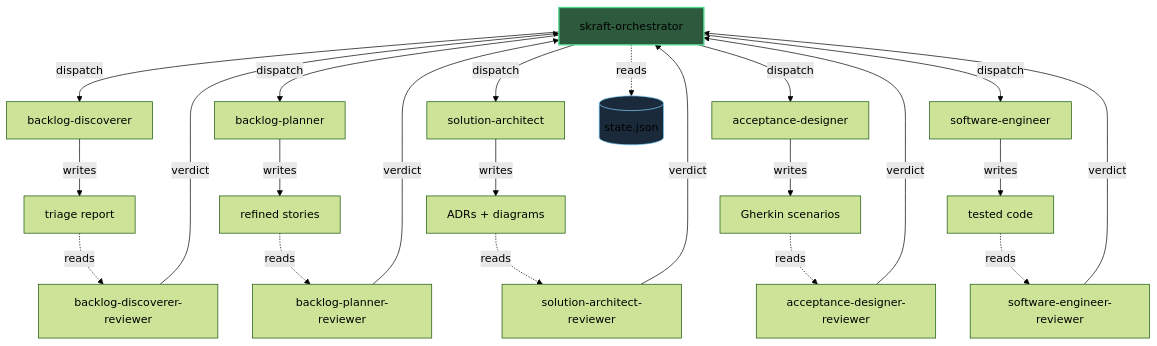
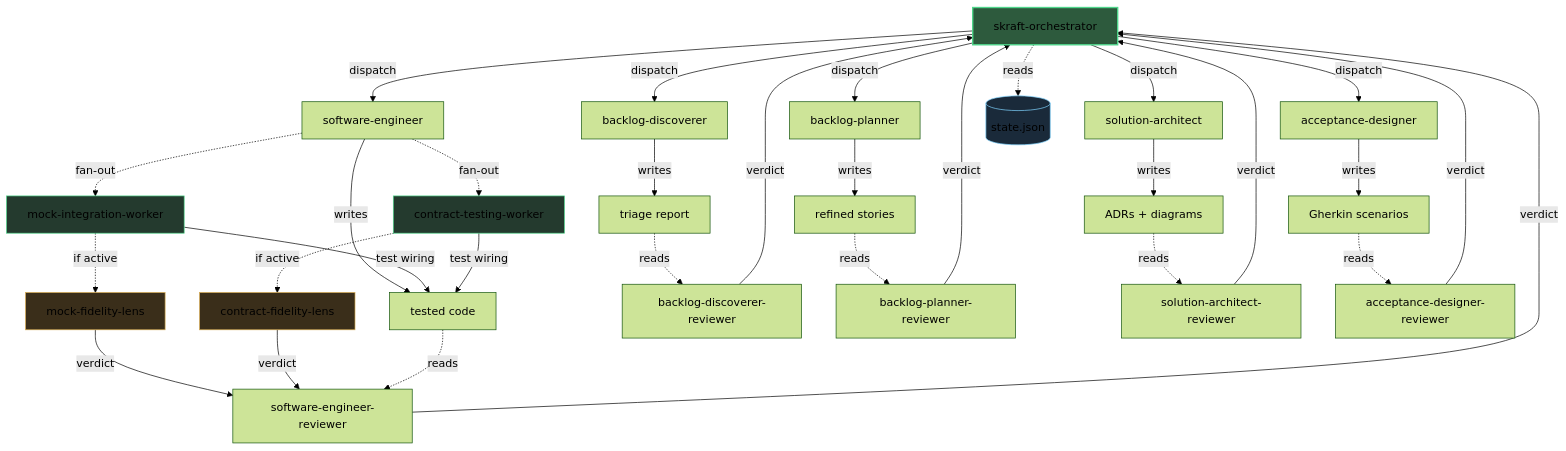
Before and after one commit to SebastienDegodez/skraft-plugin: the diagram in docs/site/en/explanation/architecture.md, drawn with Mermaid (forest theme). The commit also changed other lines of this file and 11 other files, not shown here.

````diff
--- a/docs/site/en/explanation/architecture.md
+++ b/docs/site/en/explanation/architecture.md
@@ -17,31 +17,44 @@
 ```mermaid
 graph TB
     O[skraft-orchestrator] -->|dispatch| BD[backlog-discoverer]
     O -->|dispatch| BP[backlog-planner]
     O -->|dispatch| SA[solution-architect]
     O -->|dispatch| AD[acceptance-designer]
     O -->|dispatch| SE[software-engineer]
     
     BD -->|writes| A1[triage report]
     BP -->|writes| A2[refined stories]
     SA -->|writes| A3[ADRs + diagrams]
     AD -->|writes| A4[Gherkin scenarios]
     SE -->|writes| A5[tested code]
+
+    SE -.fan-out.-> MIW[mock-integration-worker]
+    SE -.fan-out.-> CTW[contract-testing-worker]
+    MIW -->|test wiring| A5
+    CTW -->|test wiring| A5
+    MIW -.if active.-> MFL[mock-fidelity-lens]
+    CTW -.if active.-> CFL[contract-fidelity-lens]
+    MFL -->|verdict| SER
+    CFL -->|verdict| SER
     
     A1 -.->|reads| BDR[backlog-discoverer-reviewer]
     A2 -.->|reads| BPR[backlog-planner-reviewer]
     A3 -.->|reads| SAR[solution-architect-reviewer]
     A4 -.->|reads| ADR[acceptance-designer-reviewer]
     A5 -.->|reads| SER[software-engineer-reviewer]
     
     BDR -->|verdict| O
     BPR -->|verdict| O
     SAR -->|verdict| O
     ADR -->|verdict| O
     SER -->|verdict| O
     
     O -.->|reads| S[(state.json)]
     
     style O fill:#2d5a3d,stroke:#4ed58a,stroke-width:2px
     style S fill:#1a2a3a,stroke:#7fd3ff
+    style MIW fill:#243a2e,stroke:#4ed58a
+    style CTW fill:#243a2e,stroke:#4ed58a
+    style MFL fill:#3a2e1a,stroke:#d5a84e
+    style CFL fill:#3a2e1a,stroke:#d5a84e
 ```
````
